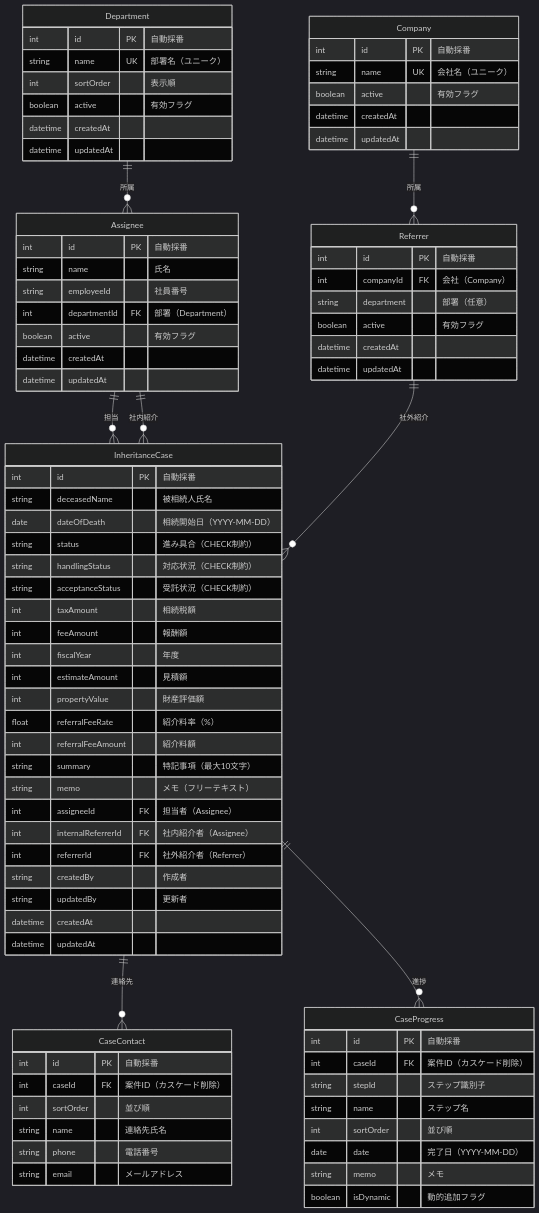
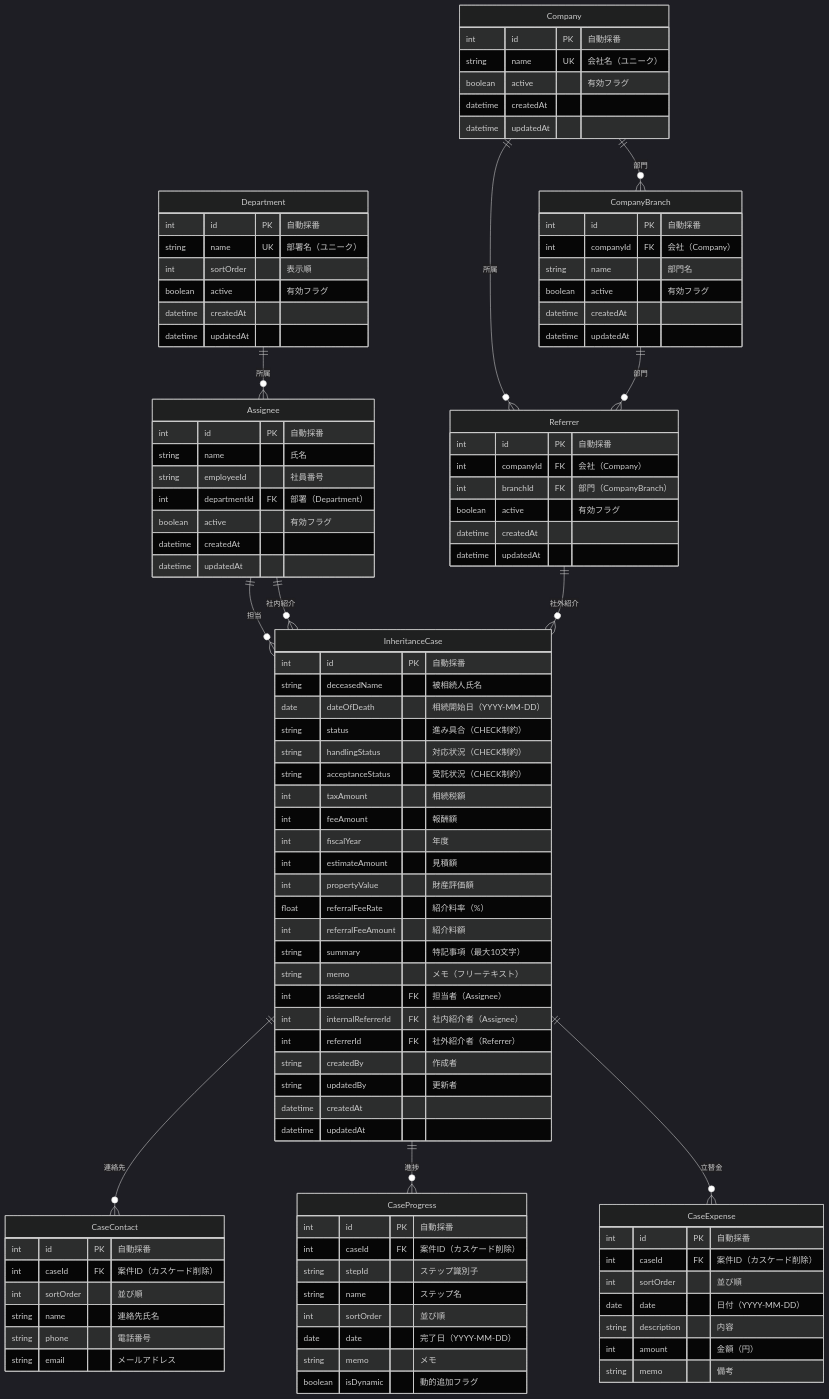
One commit to kojima1978/tax_apps changed the diagram in apps/inheritance-case-management/README.md. Above: the diagram before and after it, drawn with Mermaid (dark theme). The commit also changed other lines of this file and 24 other files, not shown here.

First line of the commit message:
feat(itcm): Referrer.department正規化 — CompanyBranchマスタテーブル追加

````diff
--- a/apps/inheritance-case-management/README.md
+++ b/apps/inheritance-case-management/README.md
@@ -396,12 +406,15 @@
 ```mermaid
 erDiagram
     Department ||--o{ Assignee : "所属"
+    Company ||--o{ CompanyBranch : "部門"
     Company ||--o{ Referrer : "所属"
+    CompanyBranch ||--o{ Referrer : "部門"
     Assignee ||--o{ InheritanceCase : "担当"
     Assignee ||--o{ InheritanceCase : "社内紹介"
     Referrer ||--o{ InheritanceCase : "社外紹介"
     InheritanceCase ||--o{ CaseContact : "連絡先"
     InheritanceCase ||--o{ CaseProgress : "進捗"
+    InheritanceCase ||--o{ CaseExpense : "立替金"
 
     Department {
         int id PK "自動採番"
@@ -420,6 +433,15 @@
         datetime updatedAt
     }
 
+    CompanyBranch {
+        int id PK "自動採番"
+        int companyId FK "会社（Company）"
+        string name "部門名"
+        boolean active "有効フラグ"
+        datetime createdAt
+        datetime updatedAt
+    }
+
     Assignee {
         int id PK "自動採番"
         string name "氏名"
@@ -433,7 +455,7 @@
     Referrer {
         int id PK "自動採番"
         int companyId FK "会社（Company）"
-        string department "部署（任意）"
+        int branchId FK "部門（CompanyBranch）"
         boolean active "有効フラグ"
         datetime createdAt
         datetime updatedAt
@@ -483,4 +505,14 @@
         string memo "メモ"
         boolean isDynamic "動的追加フラグ"
     }
+
+    CaseExpense {
+        int id PK "自動採番"
+        int caseId FK "案件ID（カスケード削除）"
+        int sortOrder "並び順"
+        date date "日付（YYYY-MM-DD）"
+        string description "内容"
+        int amount "金額（円）"
+        string memo "備考"
+    }
 ```
````
